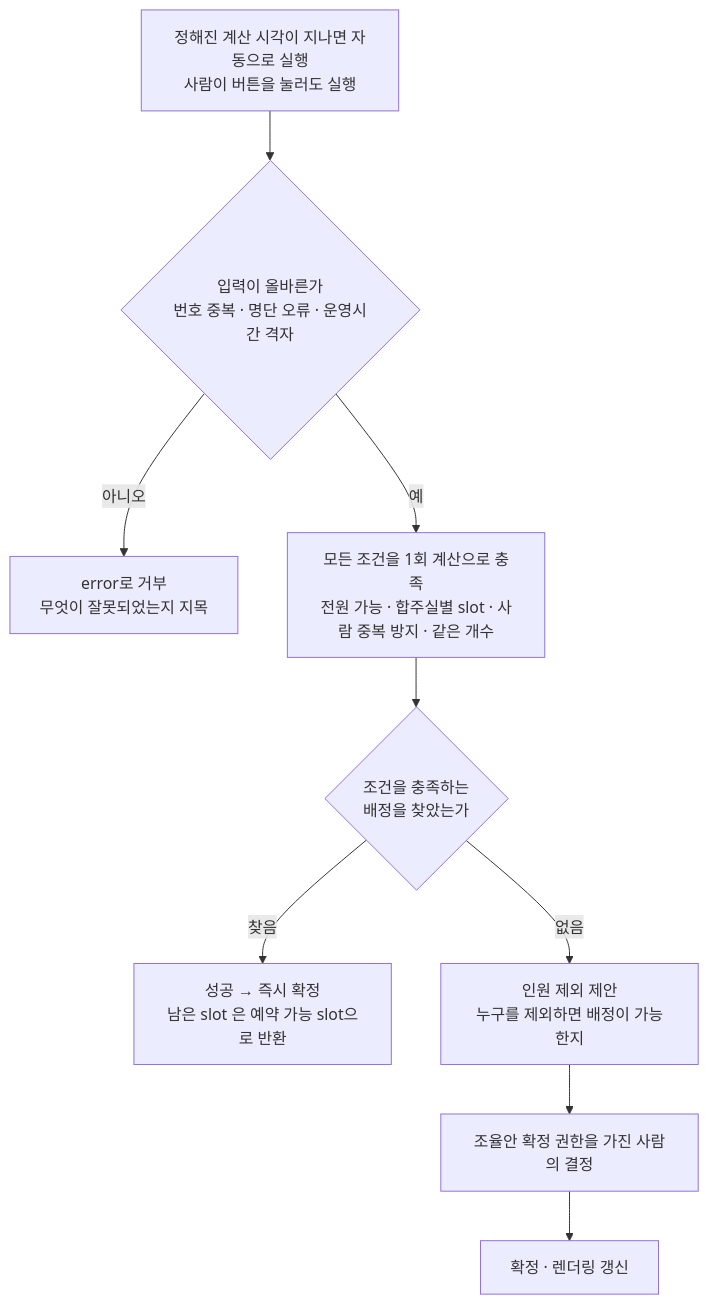
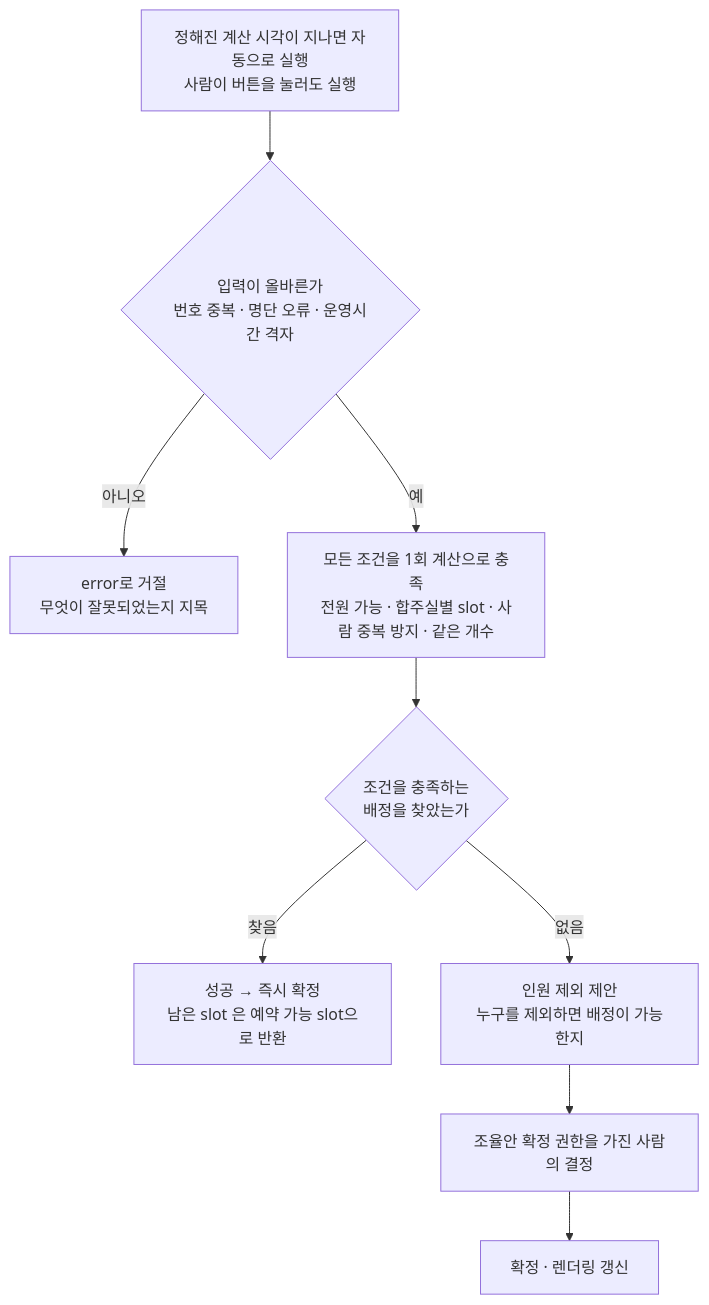
Before and after one commit to minkong-dev/Banblit: the first of 3 diagrams in .cluedoc/auto-assignment/README.md, drawn with Mermaid. The commit also changed other lines of this file and 28 other files, not shown here.

````diff
--- a/.cluedoc/auto-assignment/README.md
+++ b/.cluedoc/auto-assignment/README.md
@@ -27,11 +27,11 @@
 ```mermaid
 flowchart TD
     T[정해진 계산 시각이 지나면 자동으로 실행<br/>사람이 버튼을 눌러도 실행] --> V{입력이 올바른가<br/>번호 중복 · 명단 오류 · 운영시간 격자}
-    V -->|아니오| E[error로 거부<br/>무엇이 잘못되었는지 지목]
+    V -->|아니오| E[error로 거절<br/>무엇이 잘못되었는지 지목]
     V -->|예| S[모든 조건을 1회 계산으로 충족<br/>전원 가능 · 합주실별 slot · 사람 중복 방지 · 같은 개수]
     S --> Q{조건을 충족하는<br/>배정을 찾았는가}
     Q -->|찾음| OK[성공 → 즉시 확정<br/>남은 slot 은 예약 가능 slot으로 반환]
     Q -->|없음| P[인원 제외 제안<br/>누구를 제외하면 배정이 가능한지]
     P --> H[조율안 확정 권한을 가진 사람의 결정]
     H --> C[확정 · 렌더링 갱신]
 ```
````
